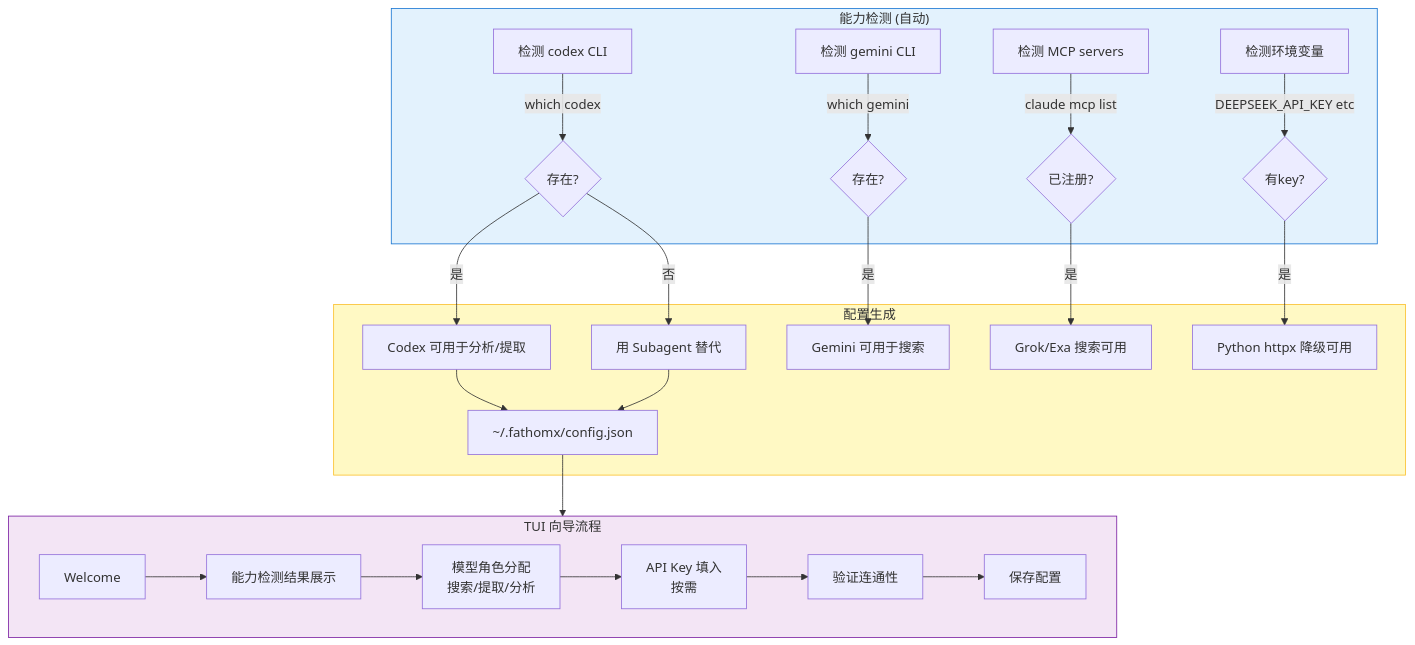
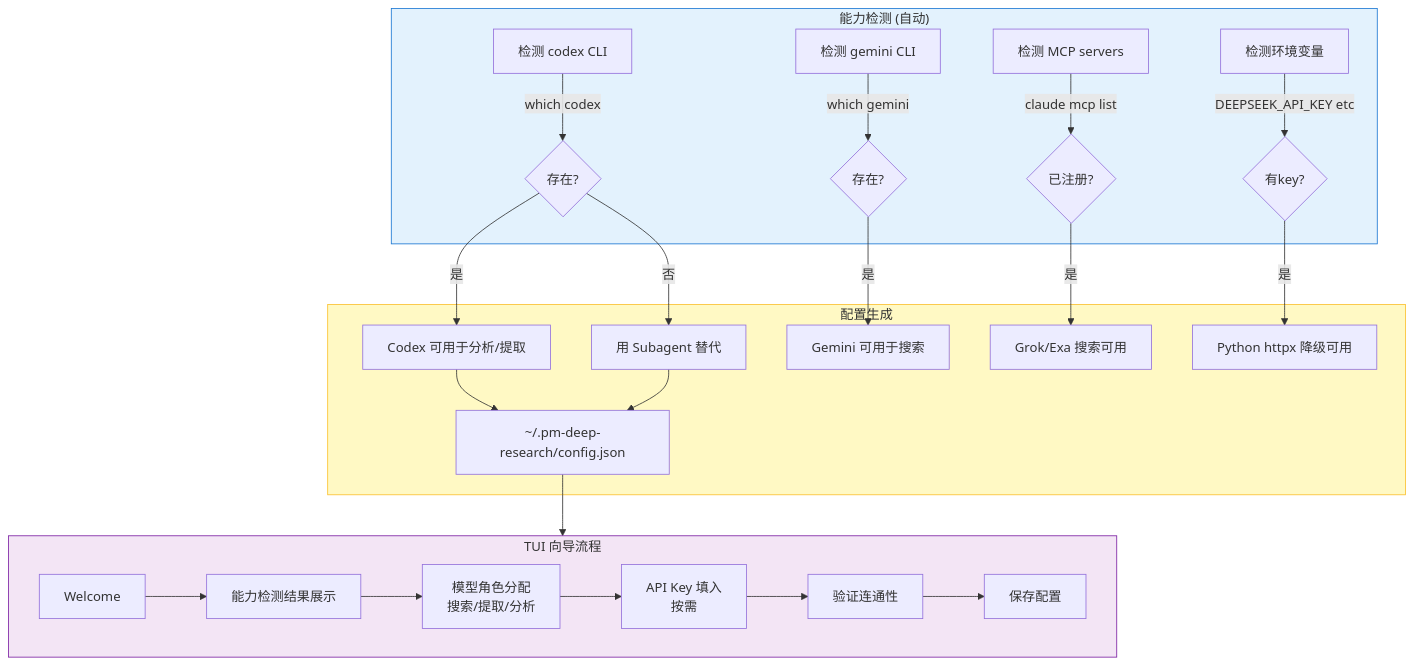
One commit to Runa798/fathomx changed the seventh of 11 diagrams in docs/architecture.md. Above: the diagram before and after it, drawn with Mermaid. The commit also changed other lines of this file and 23 other files, not shown here.

First line of the commit message:
refactor: rebrand FathomX -> PM DeepResearch (text + filenames + links)

````diff
--- a/docs/architecture.md
+++ b/docs/architecture.md
@@ -349,33 +349,33 @@
 ```mermaid
 graph TD
     subgraph Detection["能力检测 (自动)"]
         D1[检测 codex CLI] --> |which codex| R1{存在?}
         D2[检测 gemini CLI] --> |which gemini| R2{存在?}
         D3[检测 MCP servers] --> |claude mcp list| R3{已注册?}
         D4[检测环境变量] --> |DEEPSEEK_API_KEY etc| R4{有key?}
     end
 
     subgraph Config["配置生成"]
         R1 -->|是| C1[Codex 可用于分析/提取]
         R2 -->|是| C2[Gemini 可用于搜索]
         R3 -->|是| C3[Grok/Exa 搜索可用]
         R4 -->|是| C4[Python httpx 降级可用]
         R1 -->|否| C5[用 Subagent 替代]
-        C1 --> CFG[~/.fathomx/config.json]
+        C1 --> CFG[~/.pm-deep-research/config.json]
         C5 --> CFG
     end
 
     subgraph TUI["TUI 向导流程"]
         T1[Welcome] --> T2[能力检测结果展示]
         T2 --> T3[模型角色分配<br/>搜索/提取/分析]
         T3 --> T4[API Key 填入<br/>按需]
         T4 --> T5[验证连通性]
         T5 --> T6[保存配置]
     end
 
     CFG --> TUI
 
     style Detection fill:#e3f2fd,stroke:#1976D2
     style Config fill:#fff9c4,stroke:#FBC02D
     style TUI fill:#f3e5f5,stroke:#7B1FA2
 ```
````
